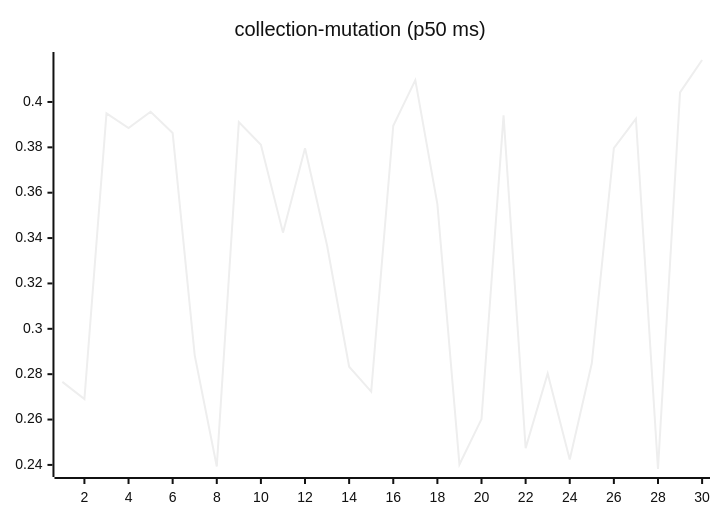
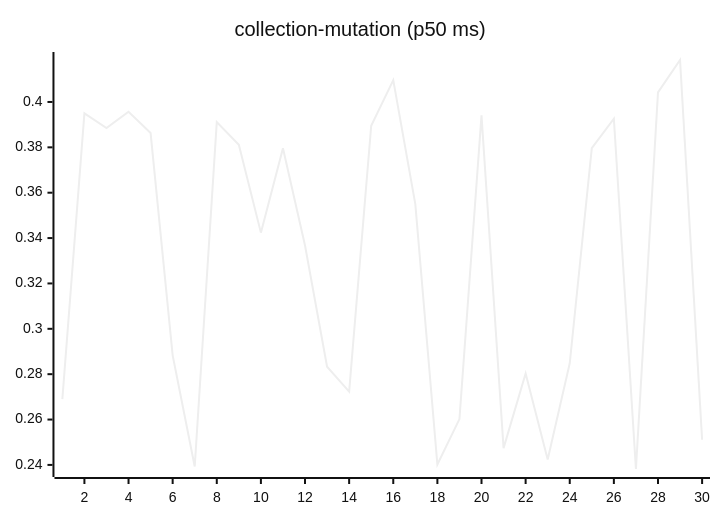
Before and after one commit to josha/Facet: the sixth of 27 diagrams in README.md, drawn with Mermaid (neutral theme). The commit also changed other lines of this file and 2 other files, not shown here.

````diff
--- a/README.md
+++ b/README.md
@@ -98,6 +98,6 @@
 ```mermaid
 xychart-beta
     title "collection-mutation (p50 ms)"
     x-axis 1 --> 30
-    line [0.2766, 0.2690, 0.3950, 0.3885, 0.3957, 0.3863, 0.2883, 0.2393, 0.3911, 0.3811, 0.3424, 0.3796, 0.3367, 0.2833, 0.2723, 0.3895, 0.4096, 0.3550, 0.2402, 0.2602, 0.3941, 0.2474, 0.2803, 0.2424, 0.2848, 0.3796, 0.3926, 0.2382, 0.4042, 0.4185]
+    line [0.2690, 0.3950, 0.3885, 0.3957, 0.3863, 0.2883, 0.2393, 0.3911, 0.3811, 0.3424, 0.3796, 0.3367, 0.2833, 0.2723, 0.3895, 0.4096, 0.3550, 0.2402, 0.2602, 0.3941, 0.2474, 0.2803, 0.2424, 0.2848, 0.3796, 0.3926, 0.2382, 0.4042, 0.4185, 0.2511]
 ```
````
